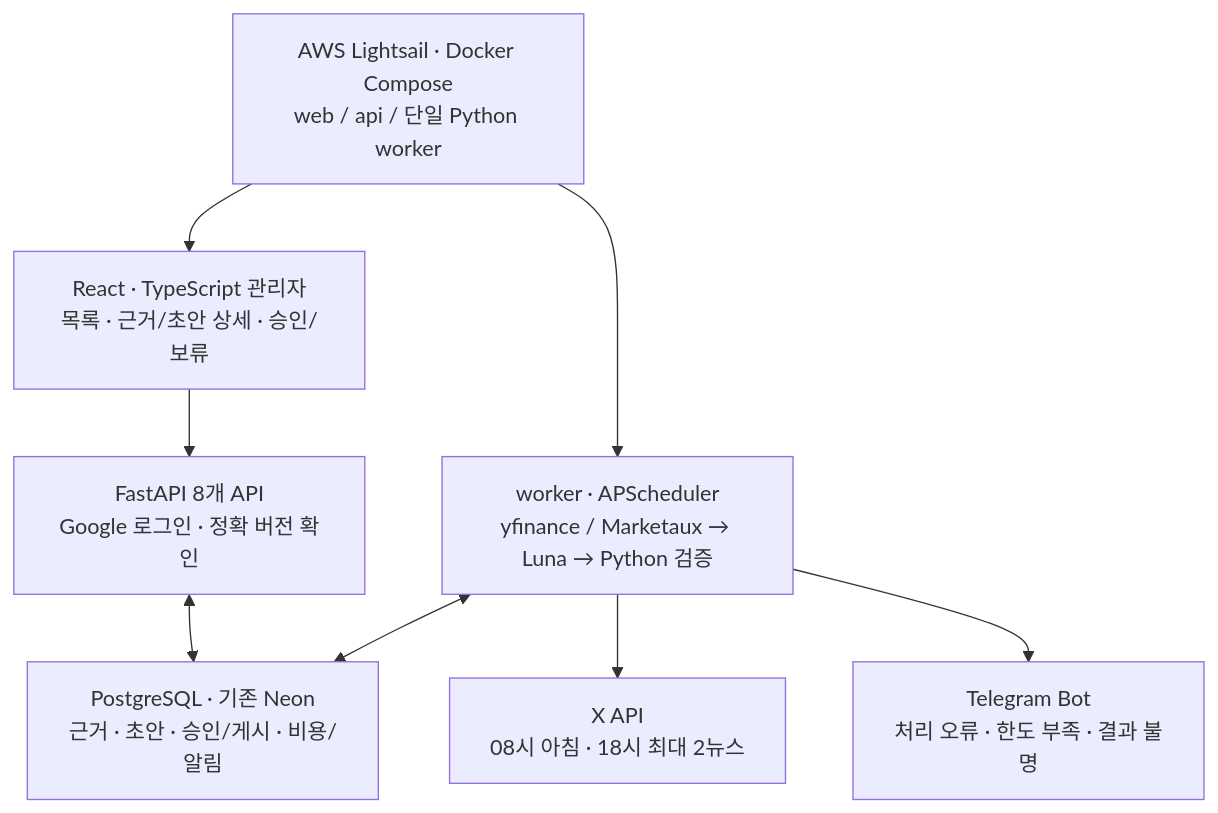
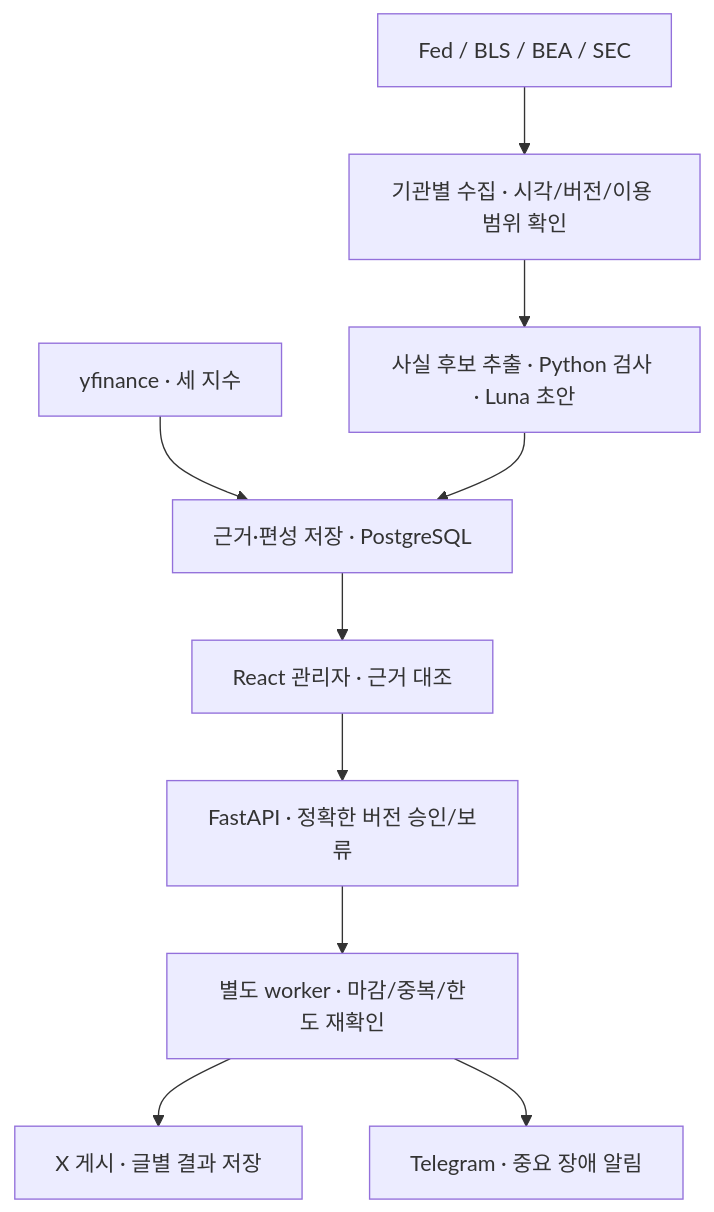
The diagram in tasks/presentations/4주차_개발_계획.md (luvulmi/xfolio), drawn with Mermaid before and after one commit. The commit also changed other lines of this file and 2 other files, not shown here.

````diff
--- a/tasks/presentations/4주차_개발_계획.md
+++ b/tasks/presentations/4주차_개발_계획.md
@@ -29,10 +31,12 @@
 ```mermaid
 flowchart TD
-    U["React · TypeScript 관리자<br/>목록 · 근거/초안 상세 · 승인/보류"] --> A["FastAPI 8개 API<br/>Google 로그인 · 정확 버전 확인"]
-    A <--> D["PostgreSQL · 기존 Neon<br/>근거 · 초안 · 승인/게시 · 비용/알림"]
-    W["AWS Lightsail · Docker Compose<br/>web / api / 단일 Python worker"] --> U
-    W --> J["worker · APScheduler<br/>yfinance / Marketaux → Luna → Python 검증"]
-    J <--> D
-    J --> X["X API<br/>08시 아침 · 18시 최대 2뉴스"]
-    J --> T["Telegram Bot<br/>처리 오류 · 한도 부족 · 결과 불명"]
+    M["yfinance · 세 지수"] --> D["근거·편성 저장 · PostgreSQL"]
+    S["Fed / BLS / BEA / SEC"] --> N["기관별 수집 · 시각/버전/이용 범위 확인"]
+    N --> F["사실 후보 추출 · Python 검사 · Luna 초안"]
+    F --> D
+    D --> U["React 관리자 · 근거 대조"]
+    U --> A["FastAPI · 정확한 버전 승인/보류"]
+    A --> W["별도 worker · 마감/중복/한도 재확인"]
+    W --> X["X 게시 · 글별 결과 저장"]
+    W --> T["Telegram · 중요 장애 알림"]
 ```
````
